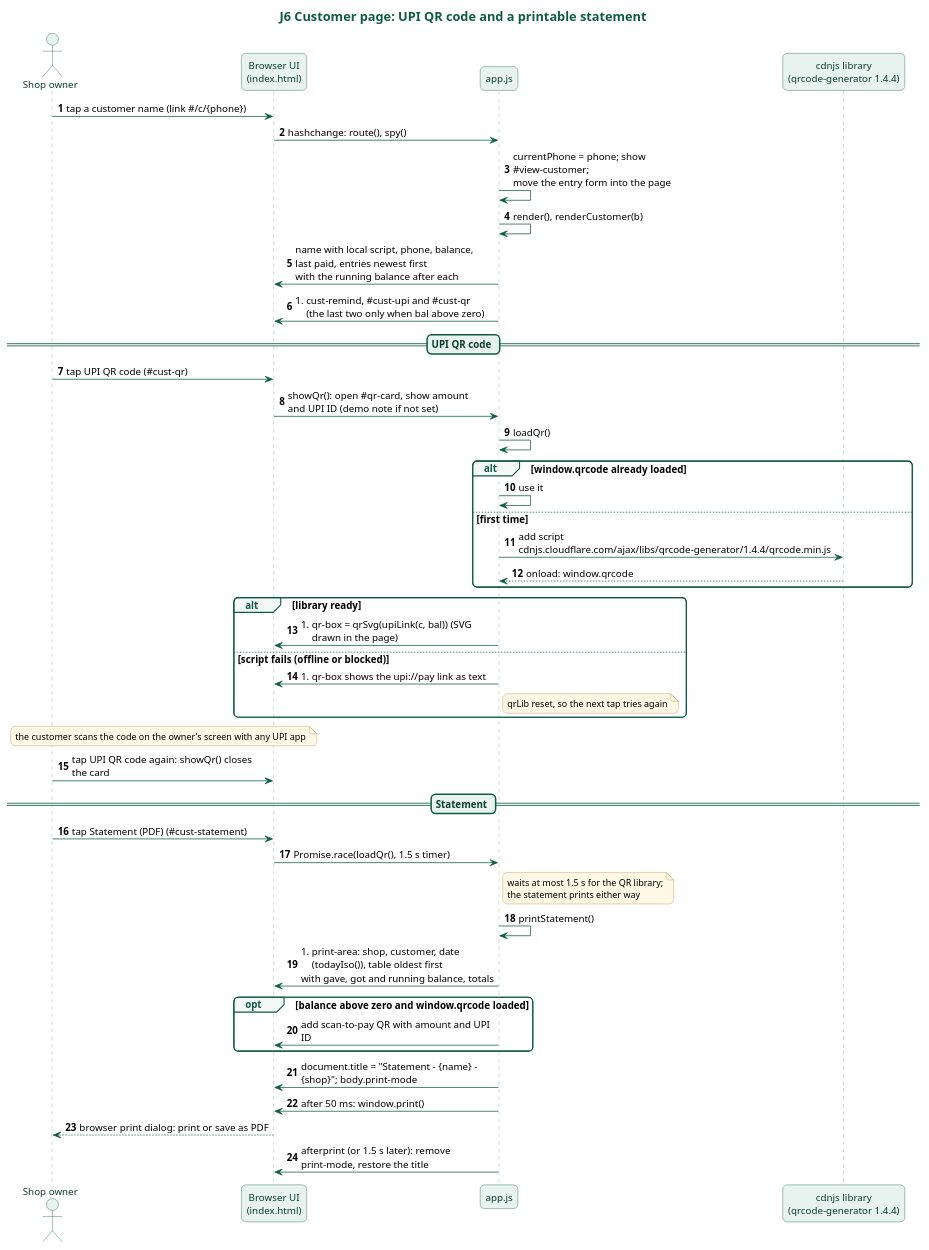
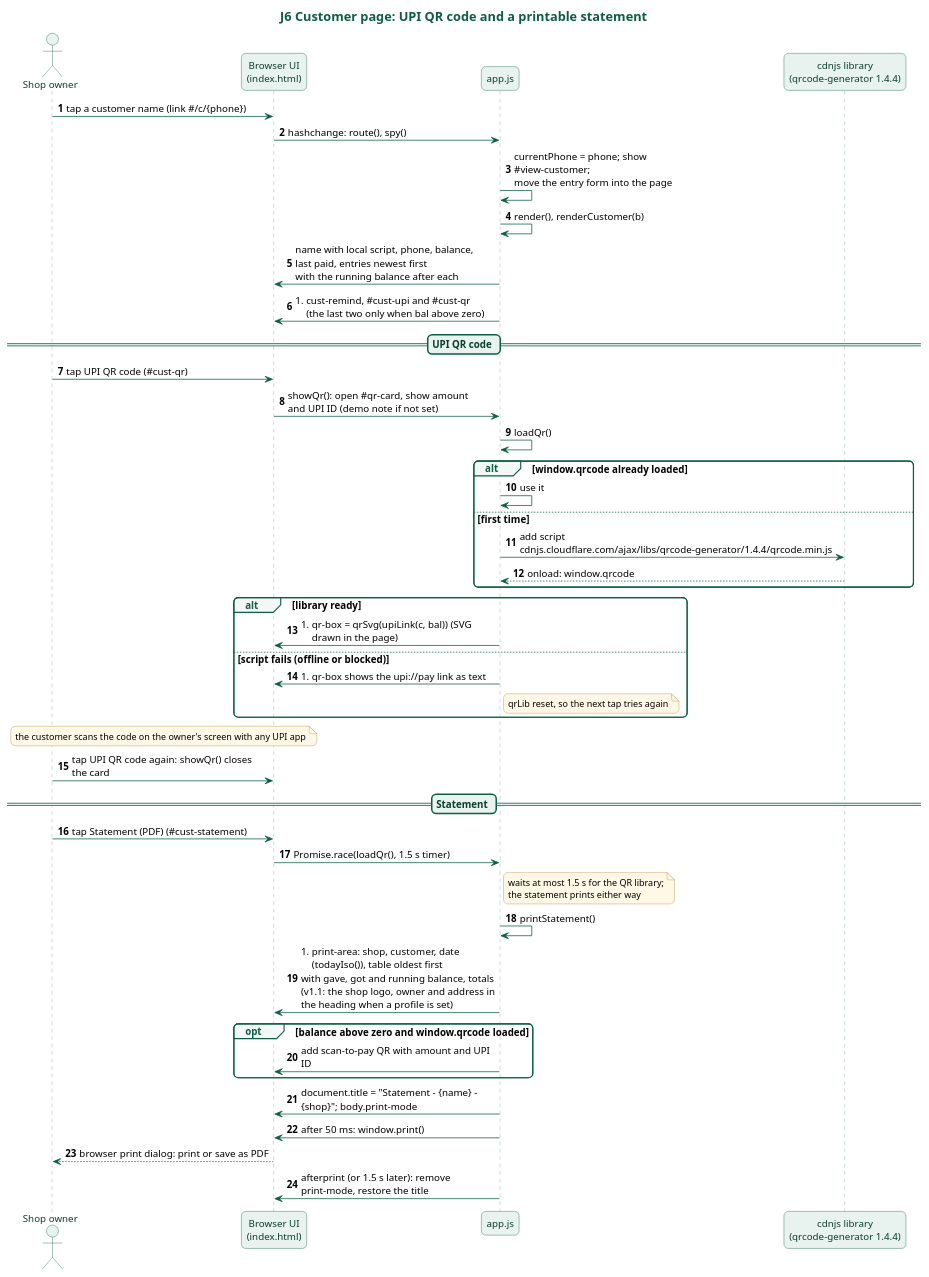
The diagram in docs/diagrams/j6-qr-and-statement.puml (karwasanjay007/hisaab-docs), drawn with PlantUML before and after one commit. The commit also changed 5 other files, not shown here.

First line of the commit message:
Diagrams for version 1.1.0.0: J1 loads the add-ons, J6 statement carries the shop profile, J9 cache hisaab-v3 with the new files

```diff
--- a/docs/diagrams/j6-qr-and-statement.puml
+++ b/docs/diagrams/j6-qr-and-statement.puml
@@ -1,82 +1,82 @@
 @startuml j6-qr-and-statement
 title J6 Customer page: UPI QR code and a printable statement
 skinparam backgroundColor white
 skinparam defaultFontName "Noto Sans"
 skinparam defaultFontSize 13
 skinparam roundCorner 12
 skinparam shadowing false
 skinparam maxMessageSize 260
 skinparam titleFontSize 17
 skinparam titleFontColor #0E5C45
 skinparam sequenceMessageAlign left
 skinparam responseMessageBelowArrow true
 skinparam sequence {
   ArrowColor #0E5C45
   LifeLineBorderColor #7FA89A
   LifeLineBackgroundColor #E8F2EE
   ParticipantBorderColor #0E5C45
   ParticipantBackgroundColor #E8F2EE
   ParticipantFontColor #0B3D2E
   ActorBorderColor #0E5C45
   ActorBackgroundColor #E8F2EE
   ActorFontColor #0B3D2E
   GroupBorderColor #0E5C45
   GroupHeaderFontColor #0E5C45
   GroupBackgroundColor #F3F8F6
   DividerBorderColor #0E5C45
   DividerBackgroundColor #E8F2EE
   DividerFontColor #0B3D2E
   BoxBorderColor #0E5C45
 }
 skinparam database {
   BorderColor #0E5C45
   BackgroundColor #E8F2EE
 }
 skinparam note {
   BorderColor #B08A2E
   BackgroundColor #FFF8E6
   FontSize 12
 }
 actor "Shop owner" as Owner
 participant "Browser UI\n(index.html)" as UI
 participant "app.js" as App
 participant "cdnjs library\n(qrcode-generator 1.4.4)" as CDN
 autonumber
 Owner -> UI : tap a customer name (link #/c/{phone})
 UI -> App : hashchange: route(), spy()
 App -> App : currentPhone = phone; show #view-customer;\nmove the entry form into the page
 App -> App : render(), renderCustomer(b)
 App -> UI : name with local script, phone, balance, last paid, entries newest first\nwith the running balance after each
 App -> UI : #cust-remind, #cust-upi and #cust-qr (the last two only when bal above zero)
 == UPI QR code ==
 Owner -> UI : tap UPI QR code (#cust-qr)
 UI -> App : showQr(): open #qr-card, show amount and UPI ID (demo note if not set)
 App -> App : loadQr()
 alt window.qrcode already loaded
   App -> App : use it
 else first time
   App -> CDN : add script cdnjs.cloudflare.com/ajax/libs/qrcode-generator/1.4.4/qrcode.min.js
   CDN --> App : onload: window.qrcode
 end
 alt library ready
   App -> UI : #qr-box = qrSvg(upiLink(c, bal)) (SVG drawn in the page)
 else script fails (offline or blocked)
   App -> UI : #qr-box shows the upi:~//pay link as text
   note right of App : qrLib reset, so the next tap tries again
 end
 note over Owner, UI : the customer scans the code on the owner's screen with any UPI app
 Owner -> UI : tap UPI QR code again: showQr() closes the card
 == Statement ==
 Owner -> UI : tap Statement (PDF) (#cust-statement)
 UI -> App : Promise.race(loadQr(), 1.5 s timer)
 note right of App : waits at most 1.5 s for the QR library;\nthe statement prints either way
 App -> App : printStatement()
-App -> UI : #print-area: shop, customer, date (todayIso()), table oldest first\nwith gave, got and running balance, totals
+App -> UI : #print-area: shop, customer, date (todayIso()), table oldest first\nwith gave, got and running balance, totals\n(v1.1: the shop logo, owner and address in the heading when a profile is set)
 opt balance above zero and window.qrcode loaded
   App -> UI : add scan-to-pay QR with amount and UPI ID
 end
 App -> UI : document.title = "Statement - {name} - {shop}"; body.print-mode
 App -> UI : after 50 ms: window.print()
 UI --> Owner : browser print dialog: print or save as PDF
 App -> UI : afterprint (or 1.5 s later): remove print-mode, restore the title
 @enduml
```
